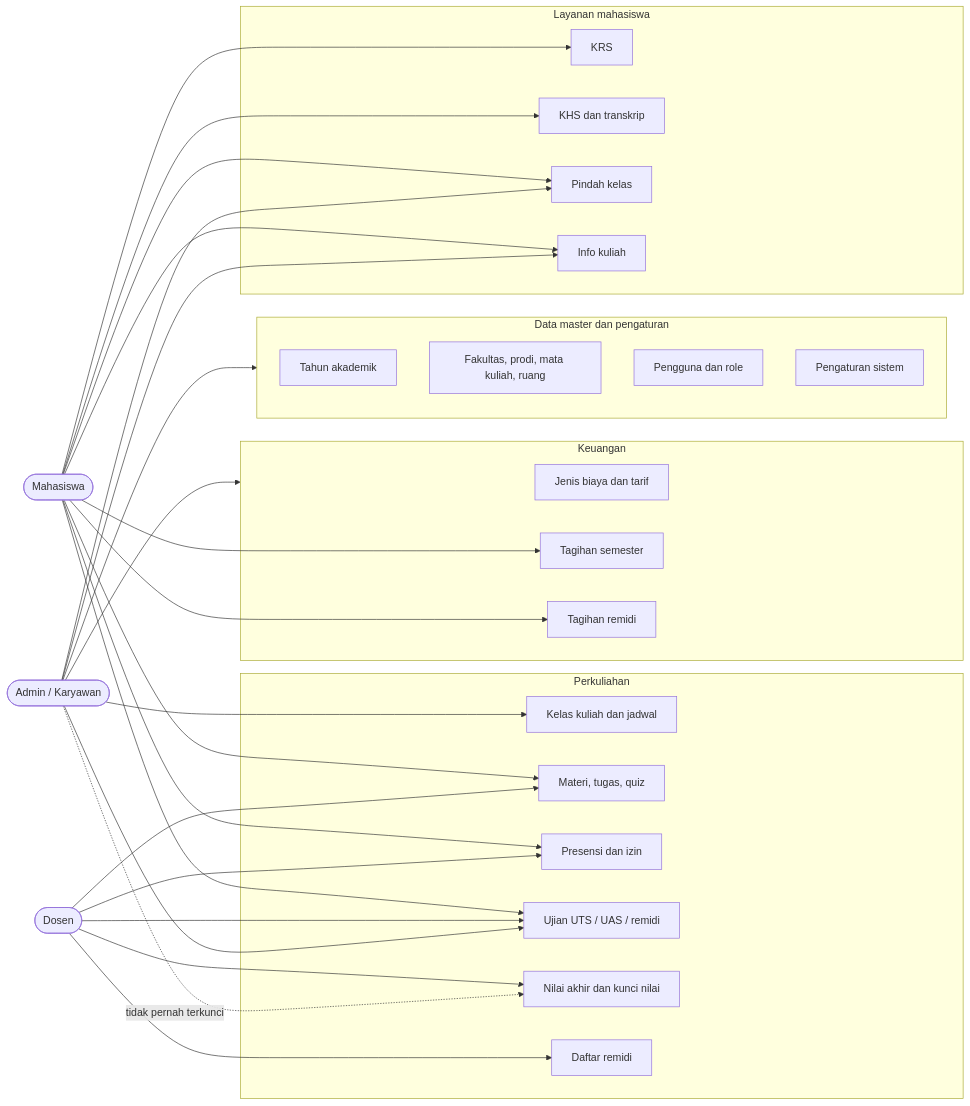
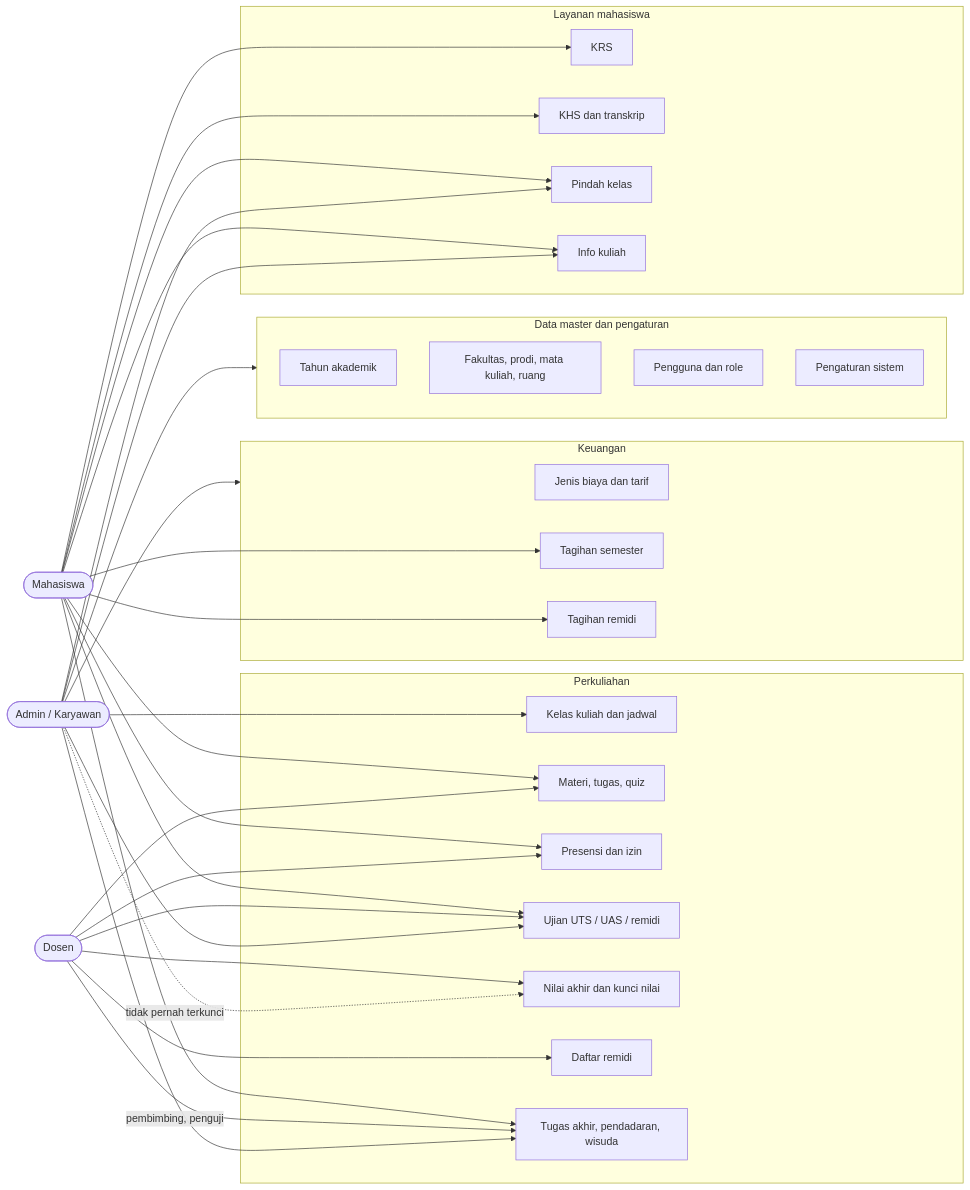
The first of 27 diagrams in docs/system-flowchart.md (Velocity-Developer/sia-vd), drawn with Mermaid before and after one commit. The commit also changed other lines of this file and 2 other files, not shown here.

Commit message:
docs: alur & flowchart tugas akhir, pendadaran, dan wisuda

````diff
--- a/docs/system-flowchart.md
+++ b/docs/system-flowchart.md
@@ -38,59 +41,63 @@
 ```mermaid
 flowchart LR
     Admin(["Admin / Karyawan"])
     Dosen(["Dosen"])
     Mhs(["Mahasiswa"])
 
     subgraph Master["Data master dan pengaturan"]
         TA["Tahun akademik"]
         MD["Fakultas, prodi, mata kuliah, ruang"]
         User["Pengguna dan role"]
         Setel["Pengaturan sistem"]
     end
 
     subgraph Akademik["Perkuliahan"]
         Kelas["Kelas kuliah dan jadwal"]
         Konten["Materi, tugas, quiz"]
         Presensi["Presensi dan izin"]
         Ujian["Ujian UTS / UAS / remidi"]
         Nilai["Nilai akhir dan kunci nilai"]
         Remidi["Daftar remidi"]
+        TaMod["Tugas akhir, pendadaran, wisuda"]
     end
 
     subgraph Keuangan["Keuangan"]
         Biaya["Jenis biaya dan tarif"]
         Tagihan["Tagihan semester"]
         TagRem["Tagihan remidi"]
     end
 
     subgraph Mahasiswa["Layanan mahasiswa"]
         KRS["KRS"]
         KHS["KHS dan transkrip"]
         Pindah["Pindah kelas"]
         Info["Info kuliah"]
     end
 
     Admin --> Master
     Admin --> Kelas
     Admin --> Keuangan
     Admin --> Ujian
     Admin --> Pindah
     Admin --> Info
+    Admin --> TaMod
     Admin -. "tidak pernah terkunci" .-> Nilai
 
     Dosen --> Konten
     Dosen --> Presensi
     Dosen --> Ujian
     Dosen --> Nilai
     Dosen --> Remidi
+    Dosen -- "pembimbing, penguji" --> TaMod
 
     Mhs --> KRS
     Mhs --> Konten
     Mhs --> Presensi
     Mhs --> Ujian
     Mhs --> KHS
     Mhs --> Pindah
     Mhs --> Tagihan
     Mhs --> TagRem
     Mhs --> Info
+    Mhs --> TaMod
 ```
````
